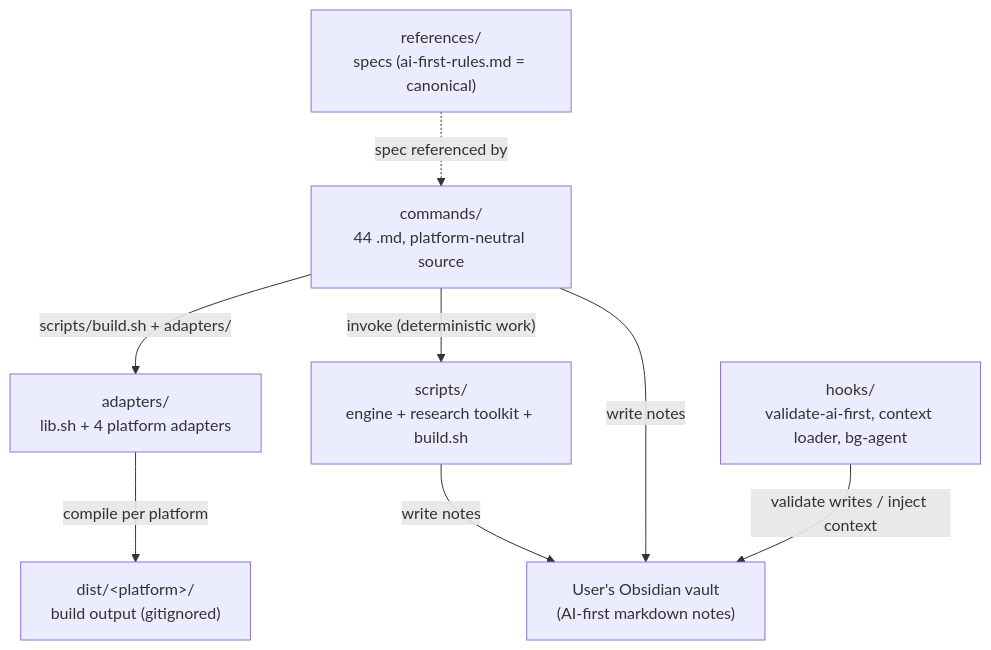
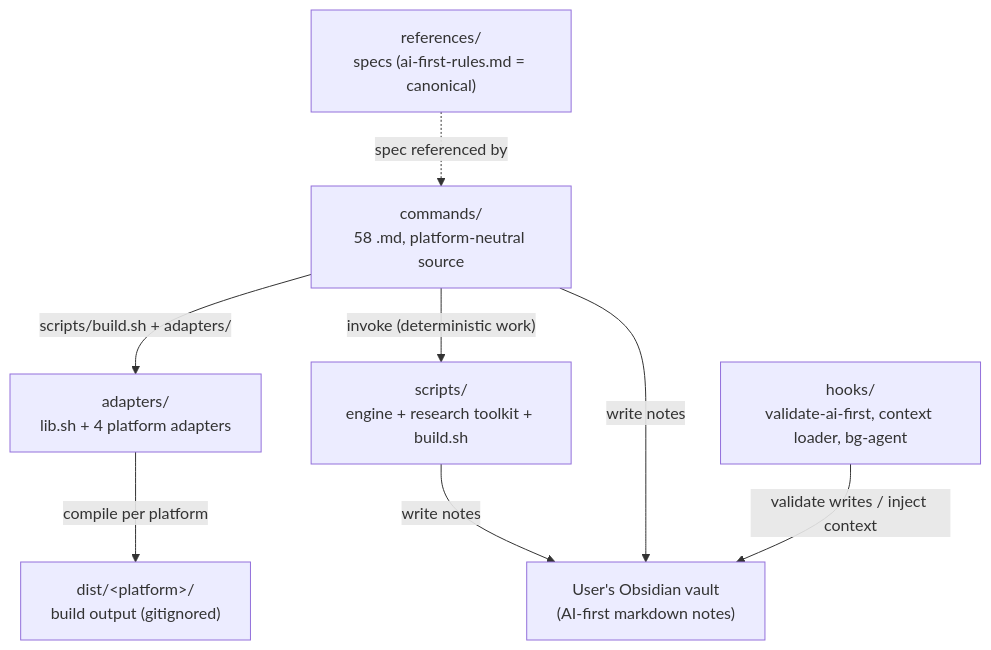
One commit to hrrrb408/Intellect_Evolution_Hub changed the diagram in architecture.md. Above: the diagram before and after it, drawn with Mermaid. The commit also changed other lines of this file and 5 other files, not shown here.

````diff
--- a/architecture.md
+++ b/architecture.md
@@ -71,18 +71,18 @@
 ```mermaid
 graph TD
   REF["references/<br/>specs (ai-first-rules.md = canonical)"]
-  CMD["commands/<br/>44 .md, platform-neutral source"]
+  CMD["commands/<br/>58 .md, platform-neutral source"]
   SCR["scripts/<br/>engine + research toolkit + build.sh"]
   ADP["adapters/<br/>lib.sh + 4 platform adapters"]
   HK["hooks/<br/>validate-ai-first, context loader, bg-agent"]
   DIST["dist/&lt;platform&gt;/<br/>build output (gitignored)"]
   VAULT["User's Obsidian vault<br/>(AI-first markdown notes)"]
 
   REF -. spec referenced by .-> CMD
   CMD -- "scripts/build.sh + adapters/" --> ADP
   ADP -- "compile per platform" --> DIST
   CMD -- "invoke (deterministic work)" --> SCR
   SCR -- "write notes" --> VAULT
   CMD -- "write notes" --> VAULT
   HK -- "validate writes / inject context" --> VAULT
 ```
````
